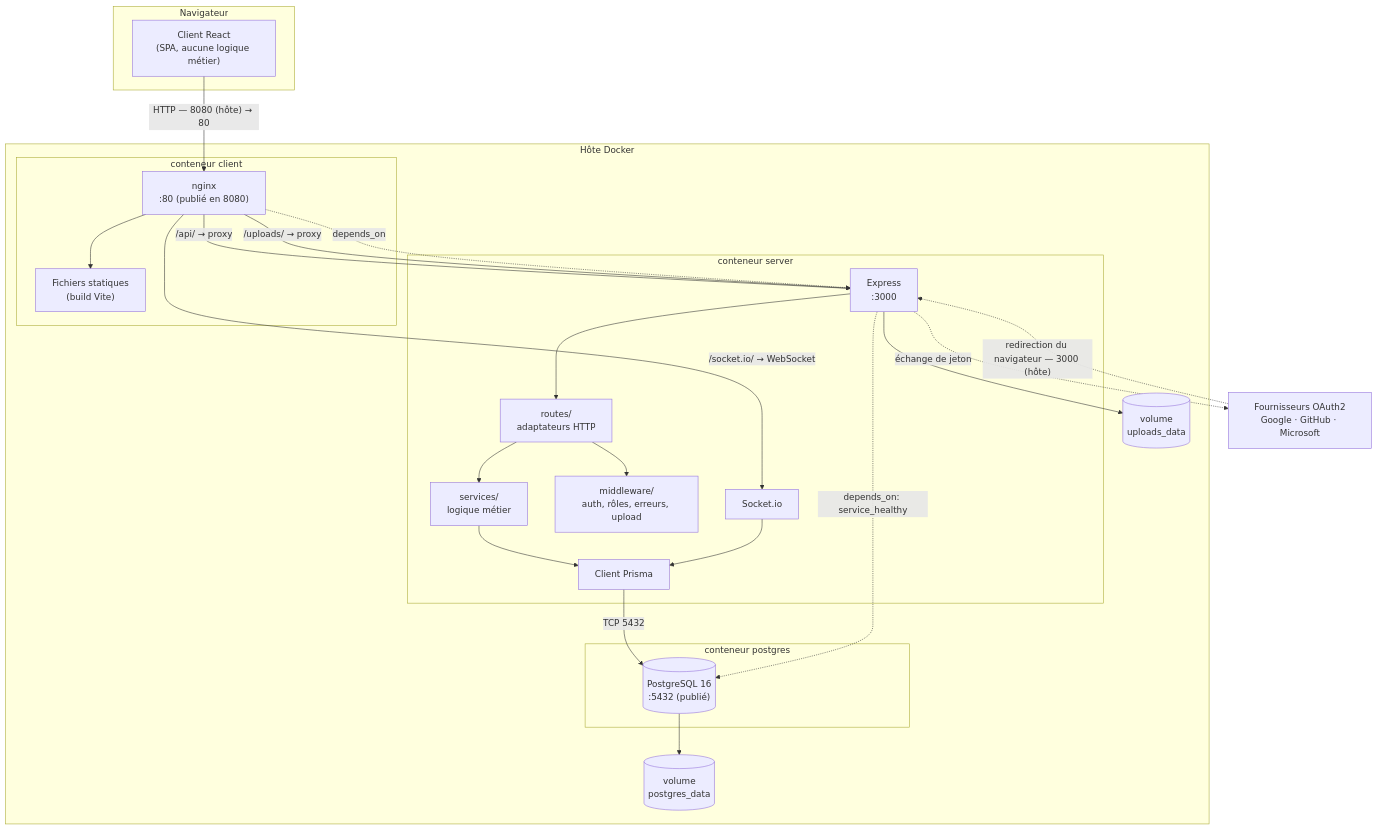
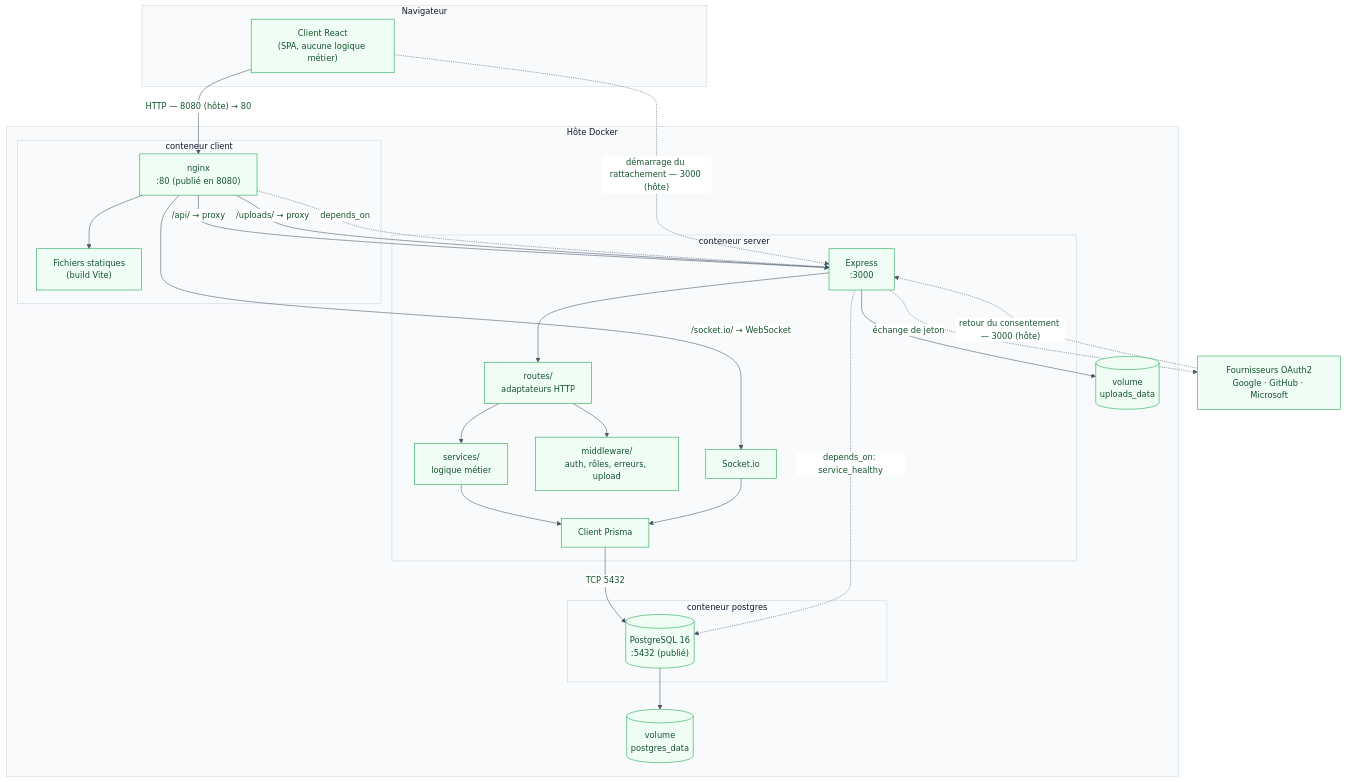
Before and after one commit to assurleaddev/supmeal: the tenth of 14 diagrams in docs/documentation-technique.md, drawn with Mermaid. The commit also changed other lines of this file, not shown here.

````diff
--- a/docs/documentation-technique.md
+++ b/docs/documentation-technique.md
@@ -809,52 +890,54 @@
 ```mermaid
+%%{init: {"theme":"base","themeVariables":{"fontFamily":"Inter, Roboto, Helvetica, Arial, sans-serif","fontSize":"15px","primaryColor":"#f0fdf4","primaryTextColor":"#14532d","primaryBorderColor":"#16a34a","secondaryColor":"#f8fafc","secondaryTextColor":"#1e293b","secondaryBorderColor":"#cbd5e1","tertiaryColor":"#ffffff","tertiaryTextColor":"#1e293b","tertiaryBorderColor":"#e2e8f0","lineColor":"#475569","textColor":"#1e293b","clusterBkg":"#f8fafc","clusterBorder":"#cbd5e1","edgeLabelBackground":"#ffffff","titleColor":"#0f172a","actorBkg":"#f0fdf4","actorBorder":"#16a34a","actorTextColor":"#14532d","actorLineColor":"#94a3b8","signalColor":"#334155","signalTextColor":"#1e293b","labelBoxBkgColor":"#ea580c","labelBoxBorderColor":"#c2410c","labelTextColor":"#ffffff","loopTextColor":"#1e293b","noteBkgColor":"#fff7ed","noteBorderColor":"#fb923c","noteTextColor":"#7c2d12","activationBkgColor":"#dcfce7","activationBorderColor":"#16a34a","attributeBackgroundColorOdd":"#ffffff","attributeBackgroundColorEven":"#f8fafc"}}}%%
 graph TB
     subgraph Navigateur
         SPA["Client React<br/>(SPA, aucune logique métier)"]
     end
 
     subgraph "Hôte Docker"
         subgraph "conteneur client"
             NG["nginx<br/>:80 (publié en 8080)"]
             ST["Fichiers statiques<br/>(build Vite)"]
         end
 
         subgraph "conteneur server"
             EX["Express<br/>:3000"]
             RT["routes/<br/>adaptateurs HTTP"]
             SV["services/<br/>logique métier"]
             MW["middleware/<br/>auth, rôles, erreurs, upload"]
             IO["Socket.io"]
             PR["Client Prisma"]
         end
 
         subgraph "conteneur postgres"
             DB[("PostgreSQL 16<br/>:5432 (publié)")]
         end
 
         VU[("volume<br/>uploads_data")]
         VD[("volume<br/>postgres_data")]
     end
 
     EXT["Fournisseurs OAuth2<br/>Google · GitHub · Microsoft"]
 
     SPA -->|"HTTP — 8080 (hôte) → 80"| NG
     NG --> ST
     NG -->|"/api/ → proxy"| EX
     NG -->|"/uploads/ → proxy"| EX
     NG -->|"/socket.io/ → WebSocket"| IO
 
     EX --> RT
     RT --> SV
     RT --> MW
     SV --> PR
     IO --> PR
     PR -->|TCP 5432| DB
 
     EX --> VU
     DB --> VD
     EX -.->|échange de jeton| EXT
-    EXT -.->|"redirection du navigateur — 3000 (hôte)"| EX
+    EXT -.->|"retour du consentement — 3000 (hôte)"| EX
+    SPA -.->|"démarrage du rattachement — 3000 (hôte)"| EX
 
     EX -.->|"depends_on: service_healthy"| DB
     NG -.->|depends_on| EX
 ```
````
